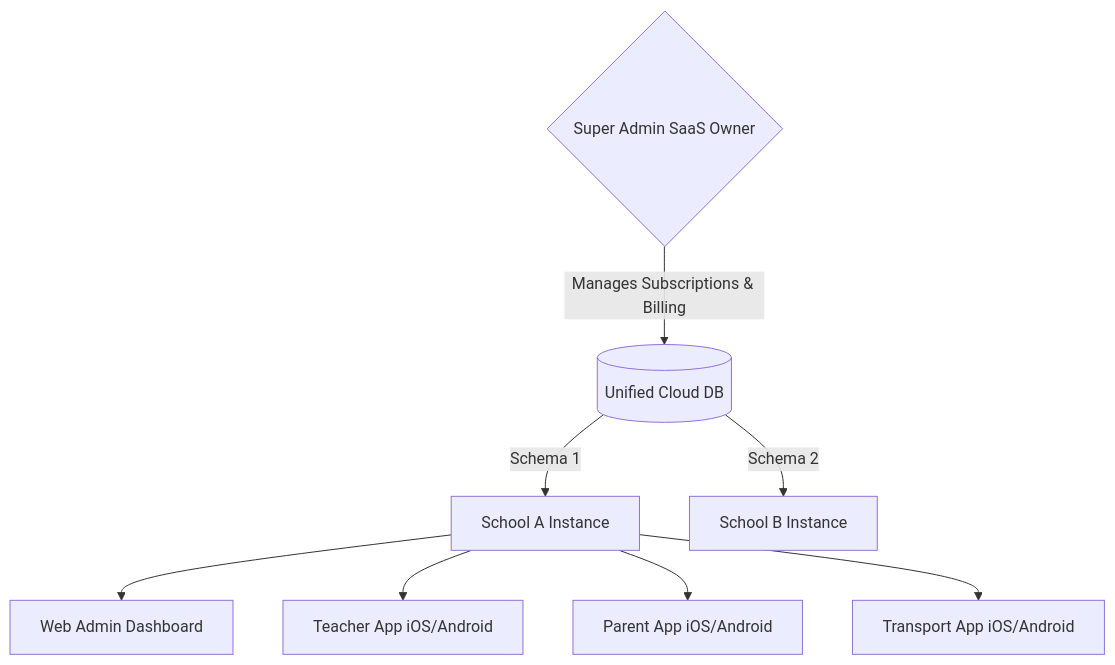
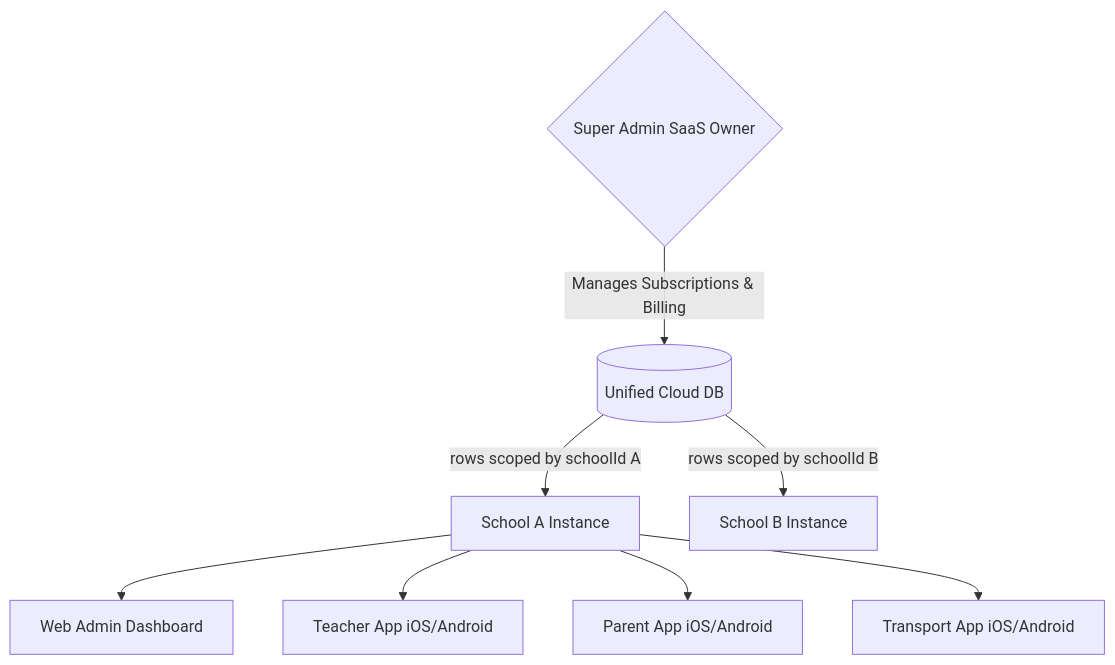
One commit to eddy7896/OSCH changed the second of 15 diagrams in documentation/OruSchools SSOT.md. Above: the diagram before and after it, drawn with Mermaid. The commit also changed other lines of this file and 533 other files, not shown here.

````diff
--- a/documentation/OruSchools SSOT.md
+++ b/documentation/OruSchools SSOT.md
@@ -54,12 +54,12 @@
 ```mermaid
 graph TD
     SA{Super Admin SaaS Owner} -->|Manages Subscriptions & Billing| CloudDB[(Unified Cloud DB)]
 
-    CloudDB -->|Schema 1| SchoolA[School A Instance]
-    CloudDB -->|Schema 2| SchoolB[School B Instance]
+    CloudDB -->|rows scoped by schoolId A| SchoolA[School A Instance]
+    CloudDB -->|rows scoped by schoolId B| SchoolB[School B Instance]
 
     SchoolA --> AdminWebA[Web Admin Dashboard]
     SchoolA --> TeacherAppA[Teacher App iOS/Android]
     SchoolA --> ParentAppA[Parent App iOS/Android]
     SchoolA --> DriverAppA[Transport App iOS/Android]
 ```
````
